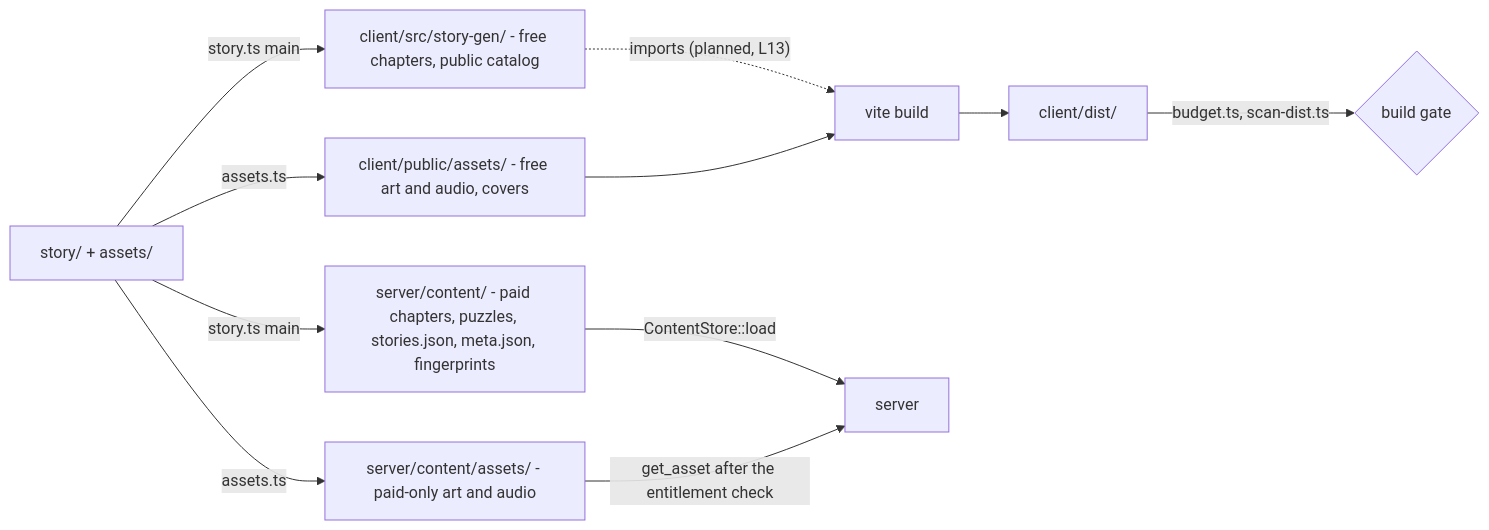
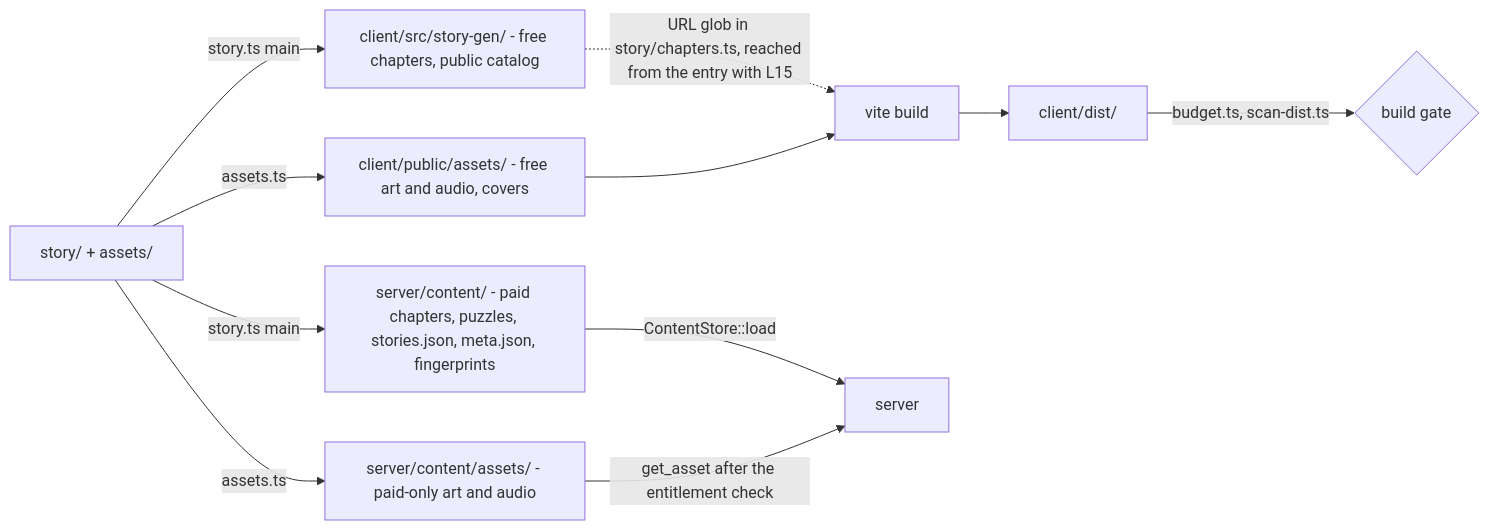
One commit to bluesteelll/tg-app-novel changed the first of 7 diagrams in docs/ARCHITECTURE.md. Above: the diagram before and after it, drawn with Mermaid. The commit also changed other lines of this file and 1 other file, not shown here.

````diff
--- a/docs/ARCHITECTURE.md
+++ b/docs/ARCHITECTURE.md
@@ -21,13 +22,13 @@
 ```mermaid
 flowchart LR
     S["story/ + assets/"] -->|"story.ts main"| SG["client/src/story-gen/ - free chapters, public catalog"]
     S -->|"story.ts main"| SC["server/content/ - paid chapters, puzzles, stories.json, meta.json, fingerprints"]
     S -->|"assets.ts"| PA["client/public/assets/ - free art and audio, covers"]
     S -->|"assets.ts"| SA["server/content/assets/ - paid-only art and audio"]
-    SG -.->|"imports (planned, L13)"| V["vite build"]
+    SG -.->|"URL glob in story/chapters.ts, reached from the entry with L15"| V["vite build"]
     PA --> V
     V --> D["client/dist/"]
     D -->|"budget.ts, scan-dist.ts"| G{"build gate"}
     SC -->|"ContentStore::load"| SRV["server"]
     SA -->|"get_asset after the entitlement check"| SRV
 ```
````
